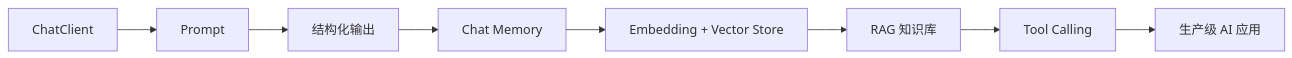
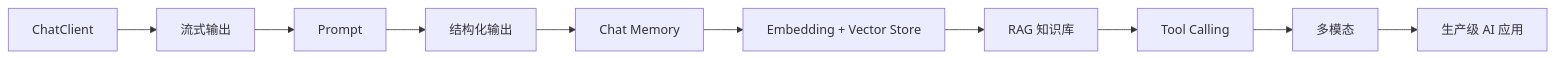
One commit to arronLu-nio/spring-ai-tutorial changed the diagram in README.md. Above: the diagram before and after it, drawn with Mermaid. The commit also changed other lines of this file and 4 other files, not shown here.

Commit message:
feat: add streaming chat lesson and expand roadmap

````diff
--- a/README.md
+++ b/README.md
@@ -39,10 +39,12 @@
 ```mermaid
 flowchart LR
-    A[ChatClient] --> B[Prompt]
-    B --> C[结构化输出]
-    C --> D[Chat Memory]
-    D --> E[Embedding + Vector Store]
-    E --> F[RAG 知识库]
-    F --> G[Tool Calling]
-    G --> H[生产级 AI 应用]
+    A[ChatClient] --> B[流式输出]
+    B --> C[Prompt]
+    C --> D[结构化输出]
+    D --> E[Chat Memory]
+    E --> F[Embedding + Vector Store]
+    F --> G[RAG 知识库]
+    G --> H[Tool Calling]
+    H --> I[多模态]
+    I --> J[生产级 AI 应用]
 ```
````
